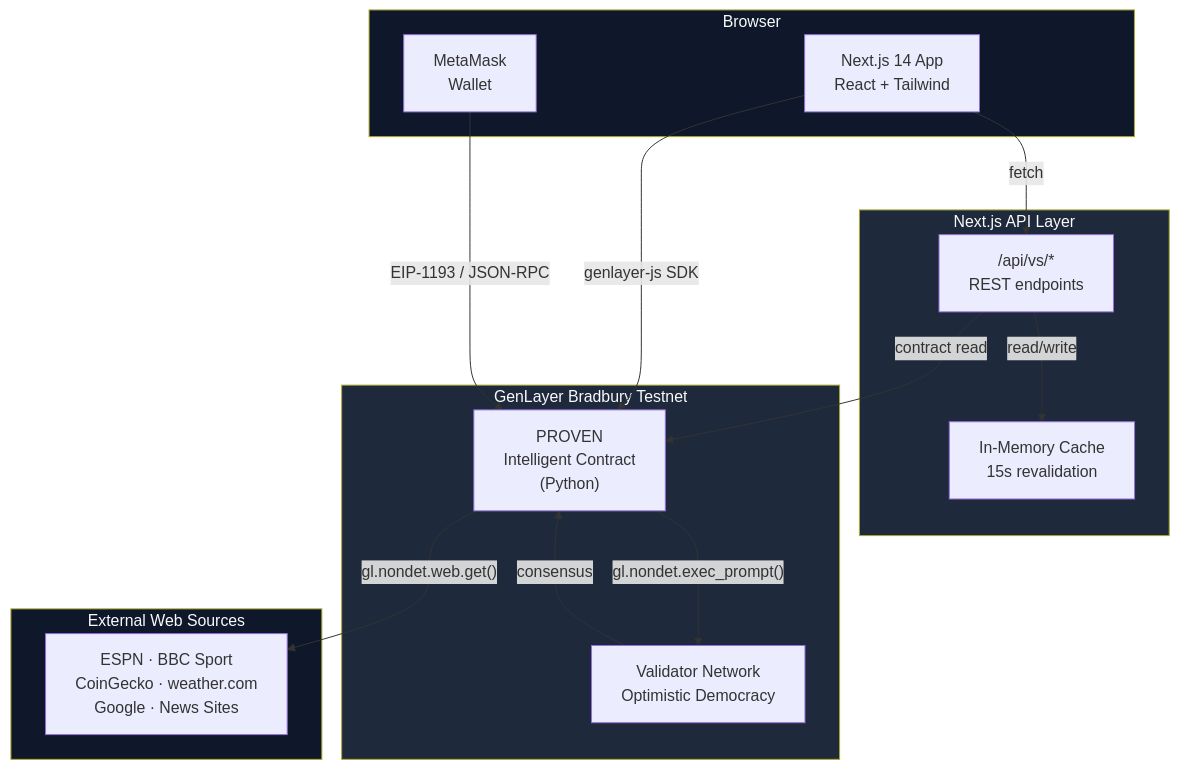
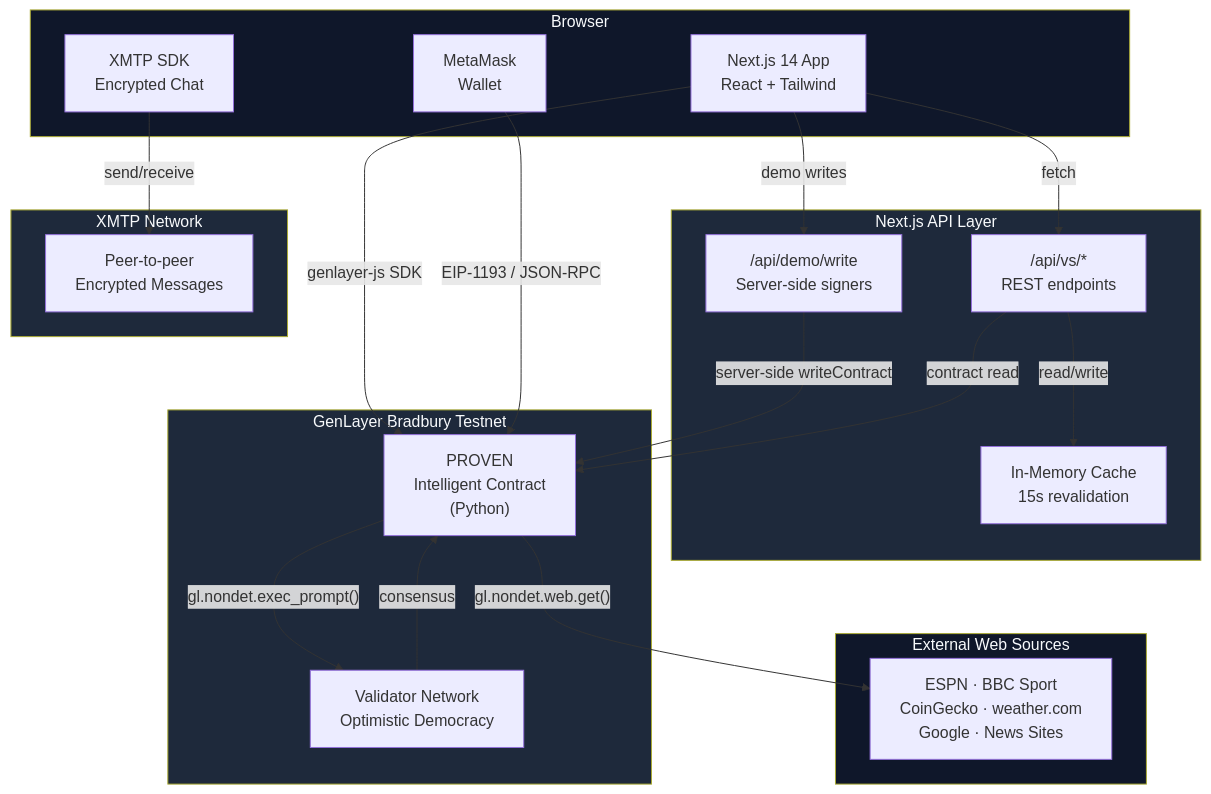
One commit to proven-xyz/proven-app changed the first of 4 diagrams in README.md. Above: the diagram before and after it, drawn with Mermaid. The commit also changed other lines of this file, not shown here.

First line of the commit message:
docs: add XMTP chat, demo relay, and optimistic UI to README

````diff
--- a/README.md
+++ b/README.md
@@ -108,35 +120,45 @@
 ```mermaid
 flowchart TB
     subgraph Browser["Browser"]
         UI["Next.js 14 App\nReact + Tailwind"]
         Wallet["MetaMask\nWallet"]
+        XMTP["XMTP SDK\nEncrypted Chat"]
     end
 
     subgraph API["Next.js API Layer"]
         Cache["In-Memory Cache\n15s revalidation"]
         Routes["/api/vs/*\nREST endpoints"]
+        DemoRelay["/api/demo/write\nServer-side signers"]
     end
 
     subgraph GenLayer["GenLayer Bradbury Testnet"]
         Contract["PROVEN\nIntelligent Contract\n(Python)"]
         Validators["Validator Network\nOptimistic Democracy"]
     end
 
     subgraph External["External Web Sources"]
         Sources["ESPN · BBC Sport\nCoinGecko · weather.com\nGoogle · News Sites"]
     end
 
+    subgraph Messaging["XMTP Network"]
+        XMTPNet["Peer-to-peer\nEncrypted Messages"]
+    end
+
     UI -- "genlayer-js SDK" --> Contract
     Wallet -- "EIP-1193 / JSON-RPC" --> Contract
     UI -- "fetch" --> Routes
+    UI -- "demo writes" --> DemoRelay
+    DemoRelay -- "server-side writeContract" --> Contract
     Routes -- "contract read" --> Contract
     Routes -- "read/write" --> Cache
     Contract -- "gl.nondet.web.get()" --> Sources
     Contract -- "gl.nondet.exec_prompt()" --> Validators
     Validators -- "consensus" --> Contract
+    XMTP -- "send/receive" --> XMTPNet
 
     style Browser fill:#0f172a,color:#f8fafc
     style API fill:#1e293b,color:#f8fafc
     style GenLayer fill:#1e293b,color:#f8fafc
     style External fill:#0f172a,color:#f8fafc
+    style Messaging fill:#1e293b,color:#f8fafc
 ```
````
